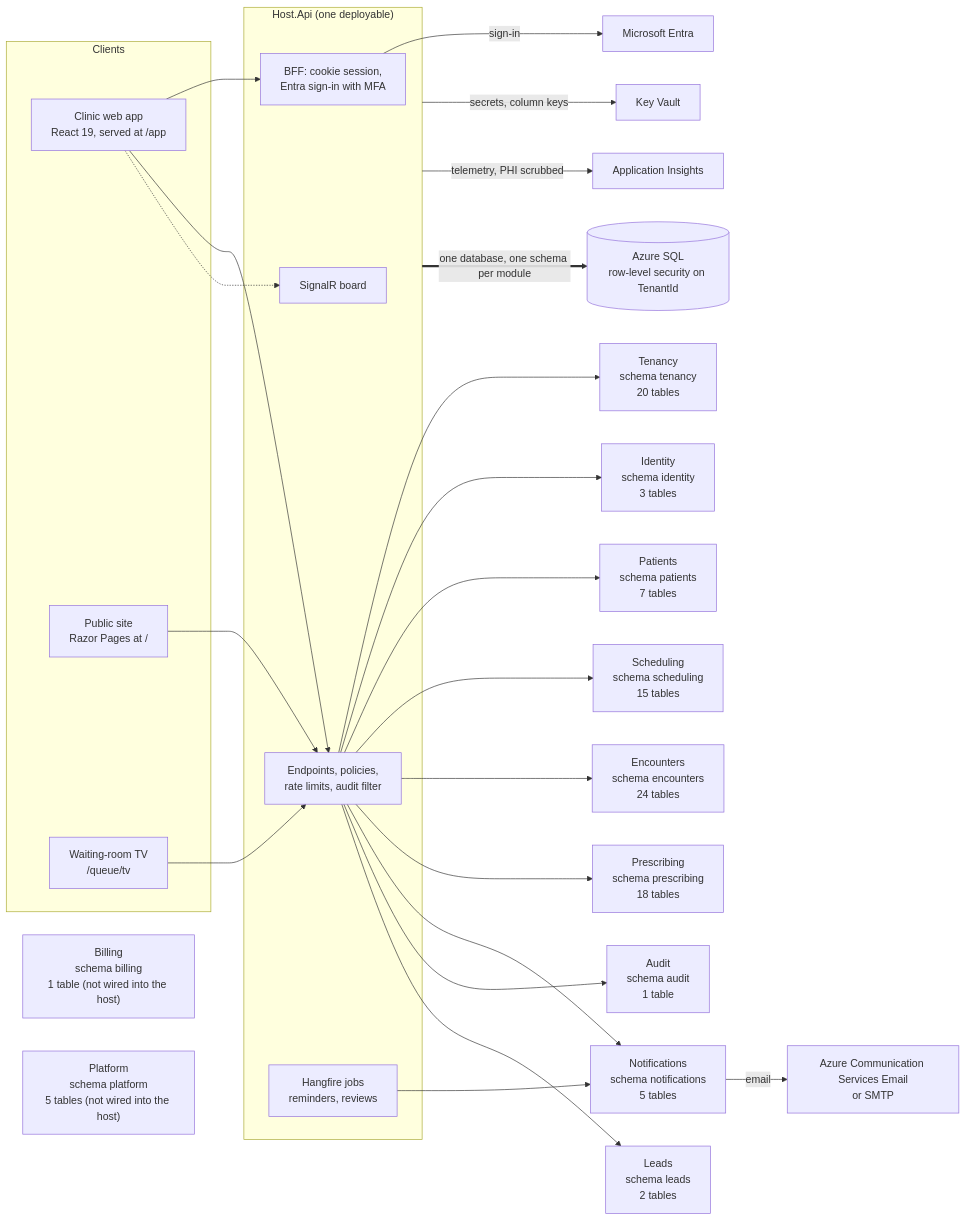
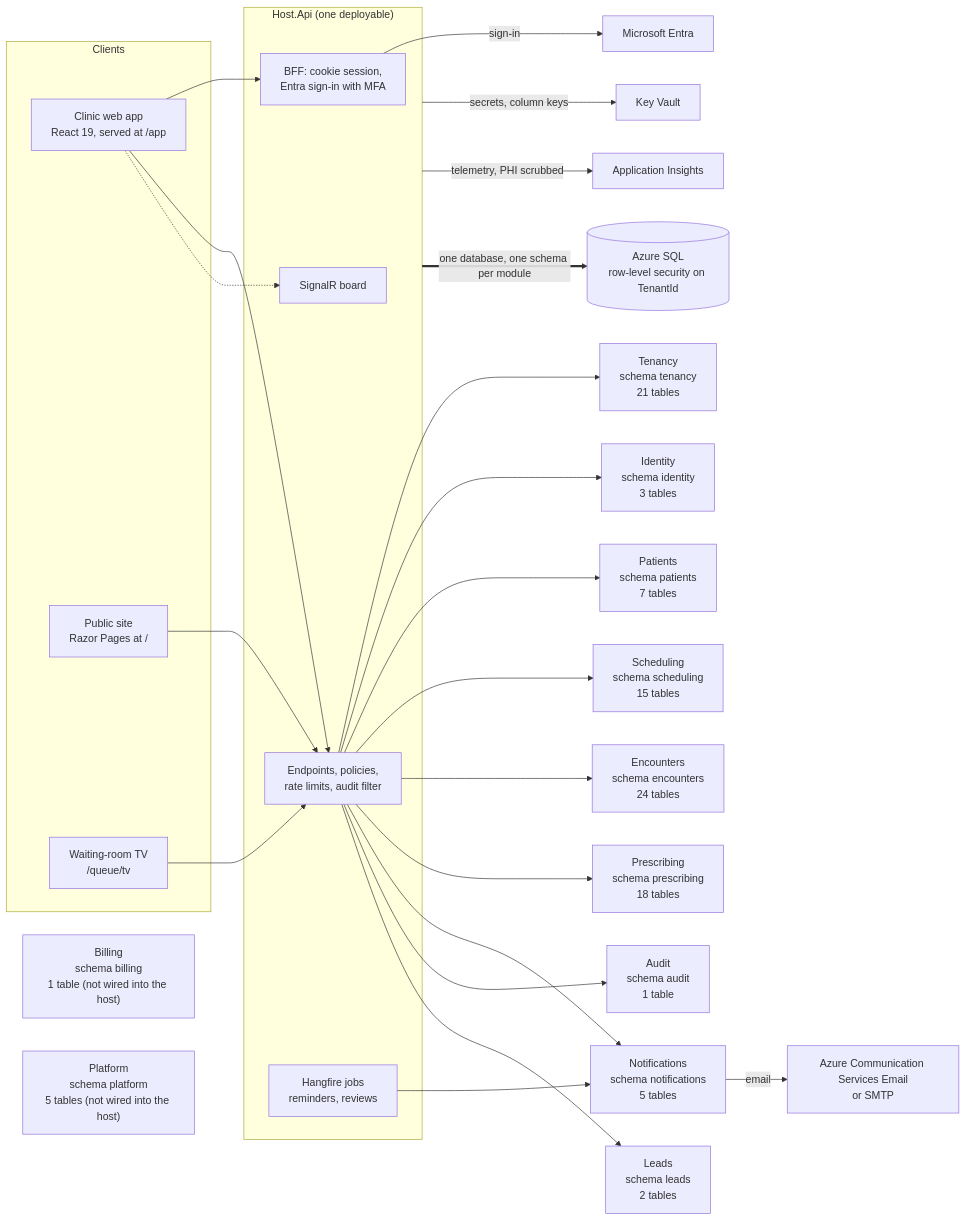
The first of 14 diagrams in docs/03-architecture/erd.md (ALFRED-LUCIFER/medvya), drawn with Mermaid before and after one commit. The commit also changed other lines of this file and 63 other files, not shown here.

````diff
--- a/docs/03-architecture/erd.md
+++ b/docs/03-architecture/erd.md
@@ -15,36 +15,36 @@
 ```mermaid
 flowchart LR
   subgraph Clients
     web["Clinic web app<br/>React 19, served at /app"]
     site["Public site<br/>Razor Pages at /"]
     tv["Waiting-room TV<br/>/queue/tv"]
   end
   subgraph Host["Host.Api (one deployable)"]
     bff["BFF: cookie session,<br/>Entra sign-in with MFA"]
     api["Endpoints, policies,<br/>rate limits, audit filter"]
     hub["SignalR board"]
     jobs["Hangfire jobs<br/>reminders, reviews"]
   end
   web --> bff
   web --> api
   web -.-> hub
   tv --> api
   site --> api
-  api --> Tenancy["Tenancy<br/>schema tenancy<br/>20 tables"]
+  api --> Tenancy["Tenancy<br/>schema tenancy<br/>21 tables"]
   api --> Identity["Identity<br/>schema identity<br/>3 tables"]
   api --> Patients["Patients<br/>schema patients<br/>7 tables"]
   api --> Scheduling["Scheduling<br/>schema scheduling<br/>15 tables"]
   api --> Encounters["Encounters<br/>schema encounters<br/>24 tables"]
   api --> Prescribing["Prescribing<br/>schema prescribing<br/>18 tables"]
   api --> Notifications["Notifications<br/>schema notifications<br/>5 tables"]
   api --> Audit["Audit<br/>schema audit<br/>1 table"]
   api --> Leads["Leads<br/>schema leads<br/>2 tables"]
   Billing["Billing<br/>schema billing<br/>1 table (not wired into the host)"]
   Platform["Platform<br/>schema platform<br/>5 tables (not wired into the host)"]
   jobs --> Notifications
   bff -->|"sign-in"| entra["Microsoft Entra"]
   Notifications -->|"email"| mail["Azure Communication Services Email<br/>or SMTP"]
   Host -->|"secrets, column keys"| kv["Key Vault"]
   Host -->|"telemetry, PHI scrubbed"| ai["Application Insights"]
   Host ==>|"one database, one schema per module"| sql[("Azure SQL<br/>row-level security on TenantId")]
 ```
````
